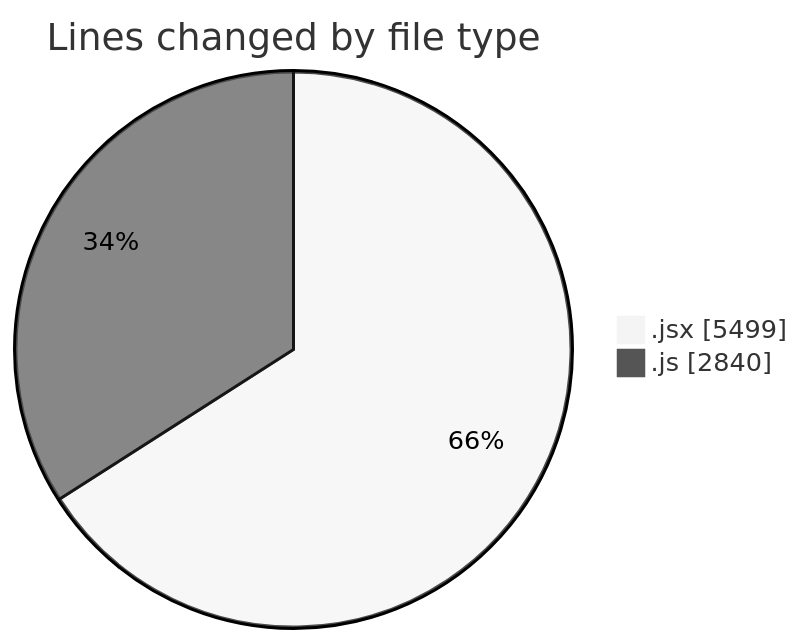
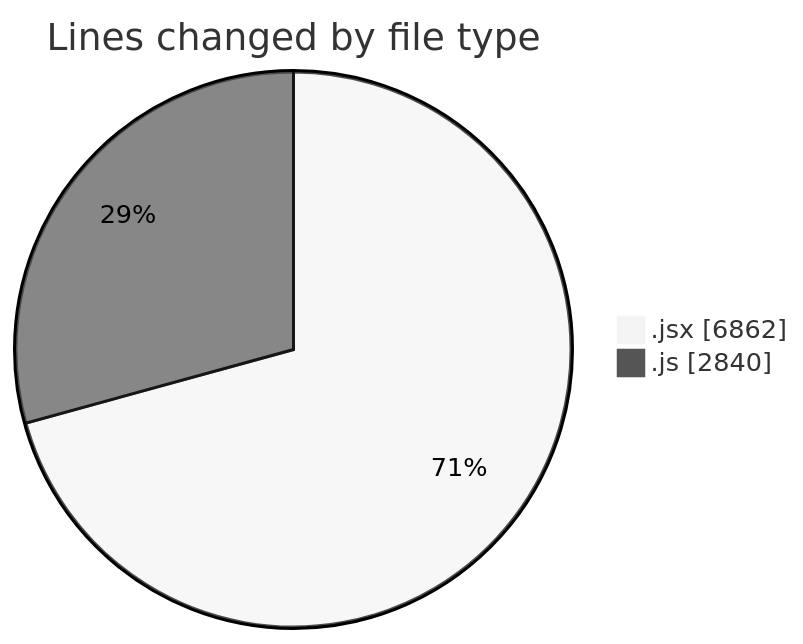
One commit to nxtqubesakshisongat/code-tracking changed the first of 2 diagrams in 2025-09-23/nxtqube_webapp/README.md. Above: the diagram before and after it, drawn with Mermaid (neutral theme). The commit also changed other lines of this file and 1 other file, not shown here.

````diff
--- a/2025-09-23/nxtqube_webapp/README.md
+++ b/2025-09-23/nxtqube_webapp/README.md
@@ -23,6 +23,6 @@
 ```mermaid
 pie showData
 title Lines changed by file type
-".jsx" : 5499
+".jsx" : 6862
 ".js" : 2840
 ```
````
